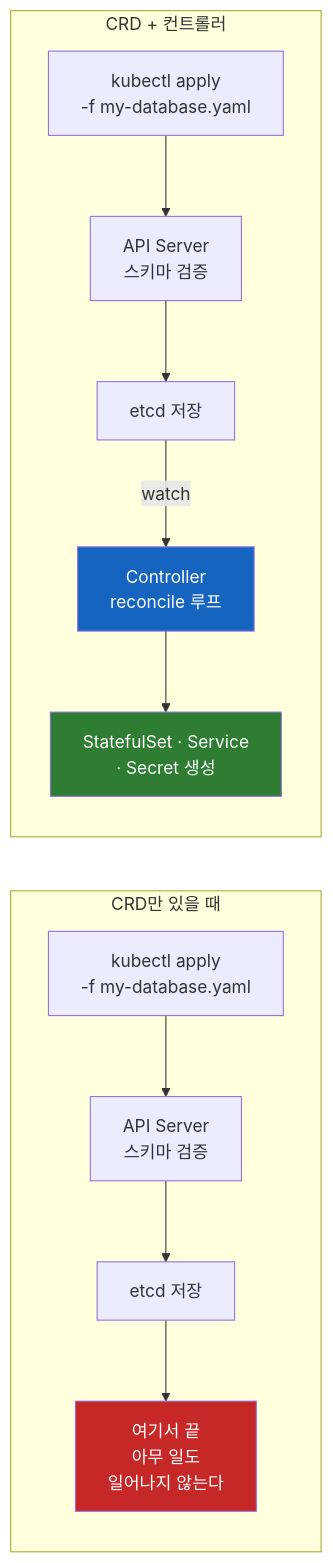
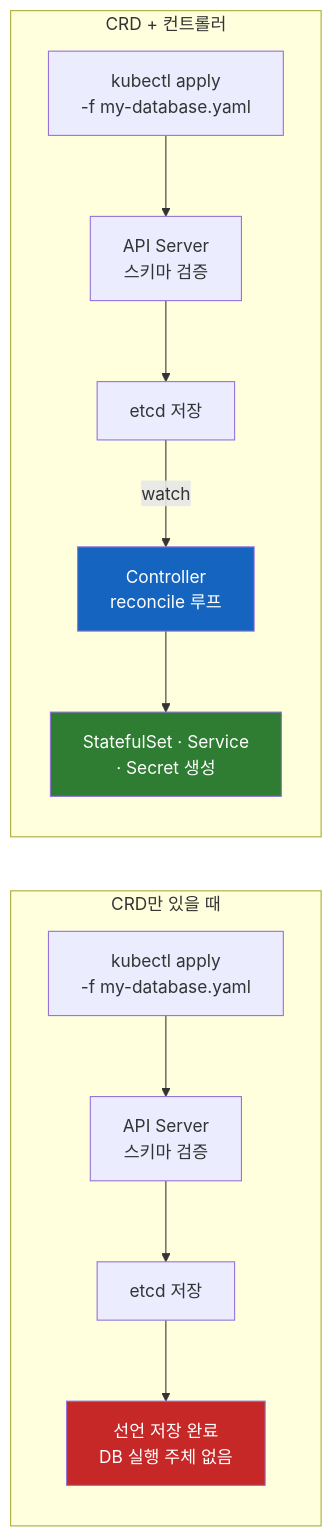
Before and after one commit to sskim91/TIL: the first of 3 diagrams in kubernetes/Kubernetes-CRD-Controller-Operator.md, drawn with Mermaid. The commit also changed other lines of this file and 39 other files, not shown here.

````diff
--- a/kubernetes/Kubernetes-CRD-Controller-Operator.md
+++ b/kubernetes/Kubernetes-CRD-Controller-Operator.md
@@ -15,17 +19,17 @@
 ```mermaid
 flowchart LR
     subgraph before["CRD만 있을 때"]
         y1["kubectl apply<br>-f my-database.yaml"] --> a1["API Server<br>스키마 검증"]
         a1 --> e1["etcd 저장"]
-        e1 --> n1["여기서 끝<br>아무 일도<br>일어나지 않는다"]
+        e1 --> n1["선언 저장 완료<br>DB 실행 주체 없음"]
     end
     subgraph after["CRD + 컨트롤러"]
         y2["kubectl apply<br>-f my-database.yaml"] --> a2["API Server<br>스키마 검증"]
         a2 --> e2["etcd 저장"]
         e2 -->|"watch"| c2["Controller<br>reconcile 루프"]
         c2 --> r2["StatefulSet · Service<br>· Secret 생성"]
     end
     style n1 fill:#C62828,color:#fff
     style c2 fill:#1565C0,color:#fff
     style r2 fill:#2E7D32,color:#fff
 ```
````
